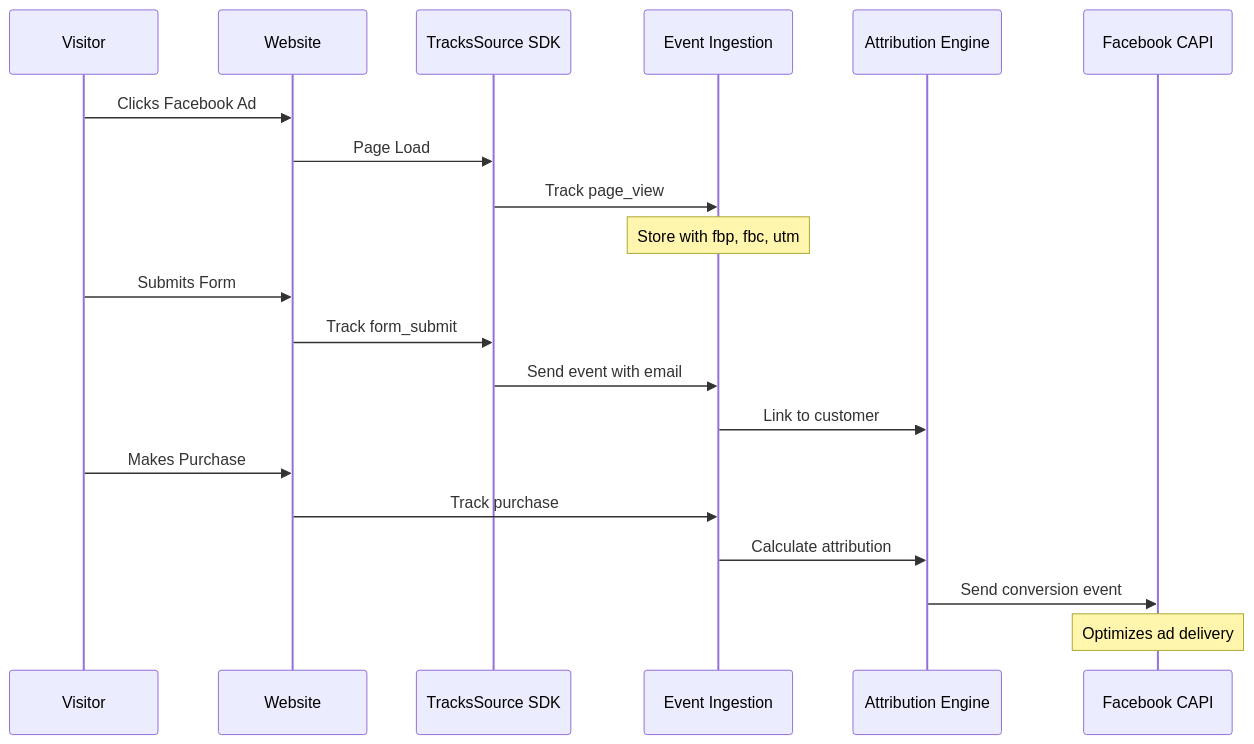
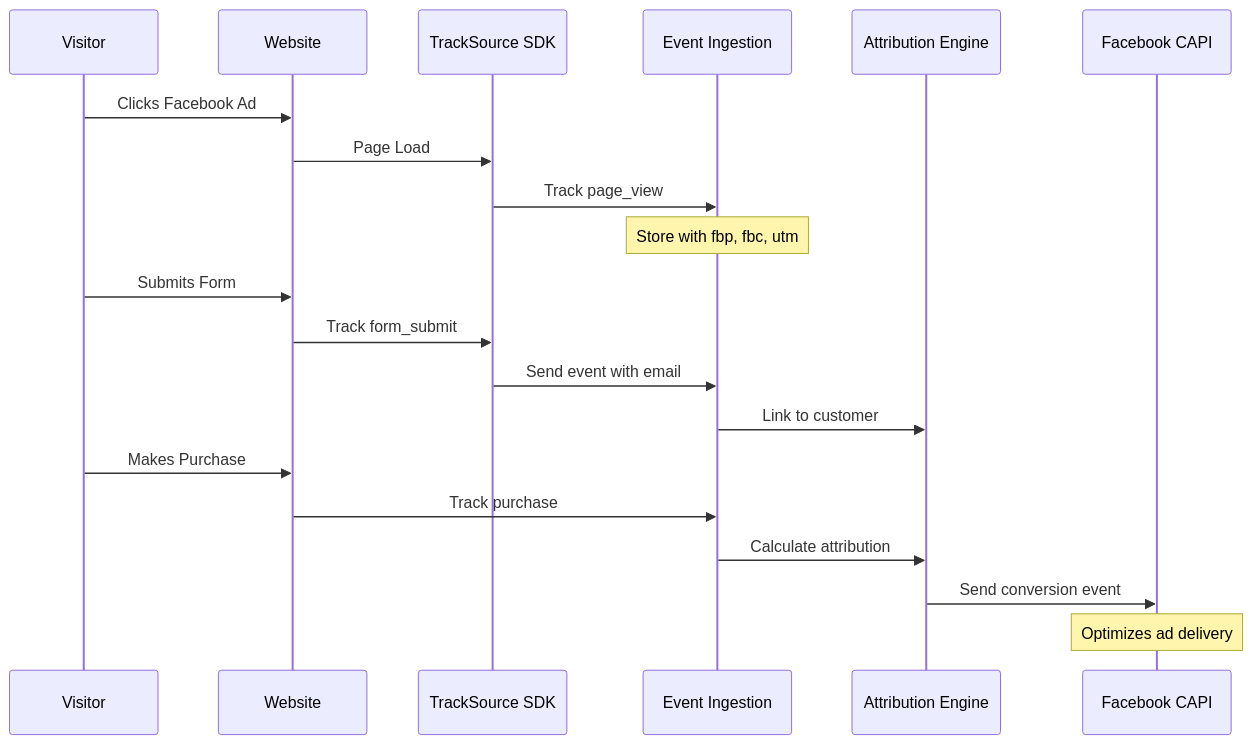
Before and after one commit to prithvi009/documentation: the diagram in how-it-works.mdx, drawn with Mermaid. The commit also changed other lines of this file and 21 other files, not shown here.

First line of the commit message:
fix: Rename TracksSource to TrackSource across all docs

````diff
--- a/how-it-works.mdx
+++ b/how-it-works.mdx
@@ -182,25 +182,25 @@
 ```mermaid
 sequenceDiagram
     participant V as Visitor
     participant W as Website
-    participant S as TracksSource SDK
+    participant S as TrackSource SDK
     participant E as Event Ingestion
     participant A as Attribution Engine
     participant F as Facebook CAPI
 
     V->>W: Clicks Facebook Ad
     W->>S: Page Load
     S->>E: Track page_view
     Note over E: Store with fbp, fbc, utm
 
     V->>W: Submits Form
     W->>S: Track form_submit
     S->>E: Send event with email
     E->>A: Link to customer
 
     V->>W: Makes Purchase
     W->>E: Track purchase
     E->>A: Calculate attribution
     A->>F: Send conversion event
     Note over F: Optimizes ad delivery
 ```
````
